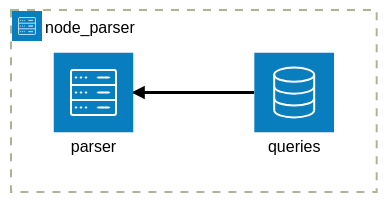
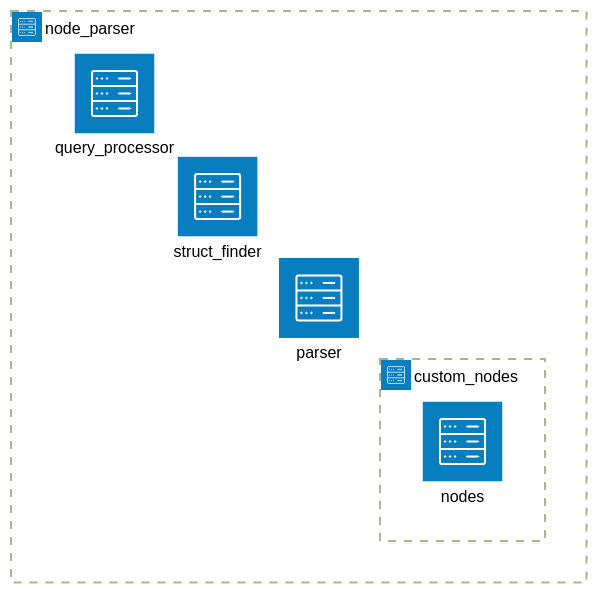
Before and after one commit to jeangiraldoo/codedocs.nvim: the second of 4 diagrams in lua/codedocs/README.md, drawn with Mermaid (forest theme). The commit also changed other lines of this file, not shown here.

````diff
--- a/lua/codedocs/README.md
+++ b/lua/codedocs/README.md
@@ -42,8 +65,9 @@
 ```mermaid
 architecture-beta
     group node_parser(server)[node_parser]
     service parser(server)[parser] in node_parser
-    service queries(database)[queries] in node_parser
-
-    parser:R <-- L:queries
+    service struct_finder(server)[struct_finder] in node_parser
+    service query_processor(server)[query_processor] in node_parser
+    group custom_nodes(server)[custom_nodes] in node_parser
+    service nodes(server)[nodes] in custom_nodes
 ```
````
